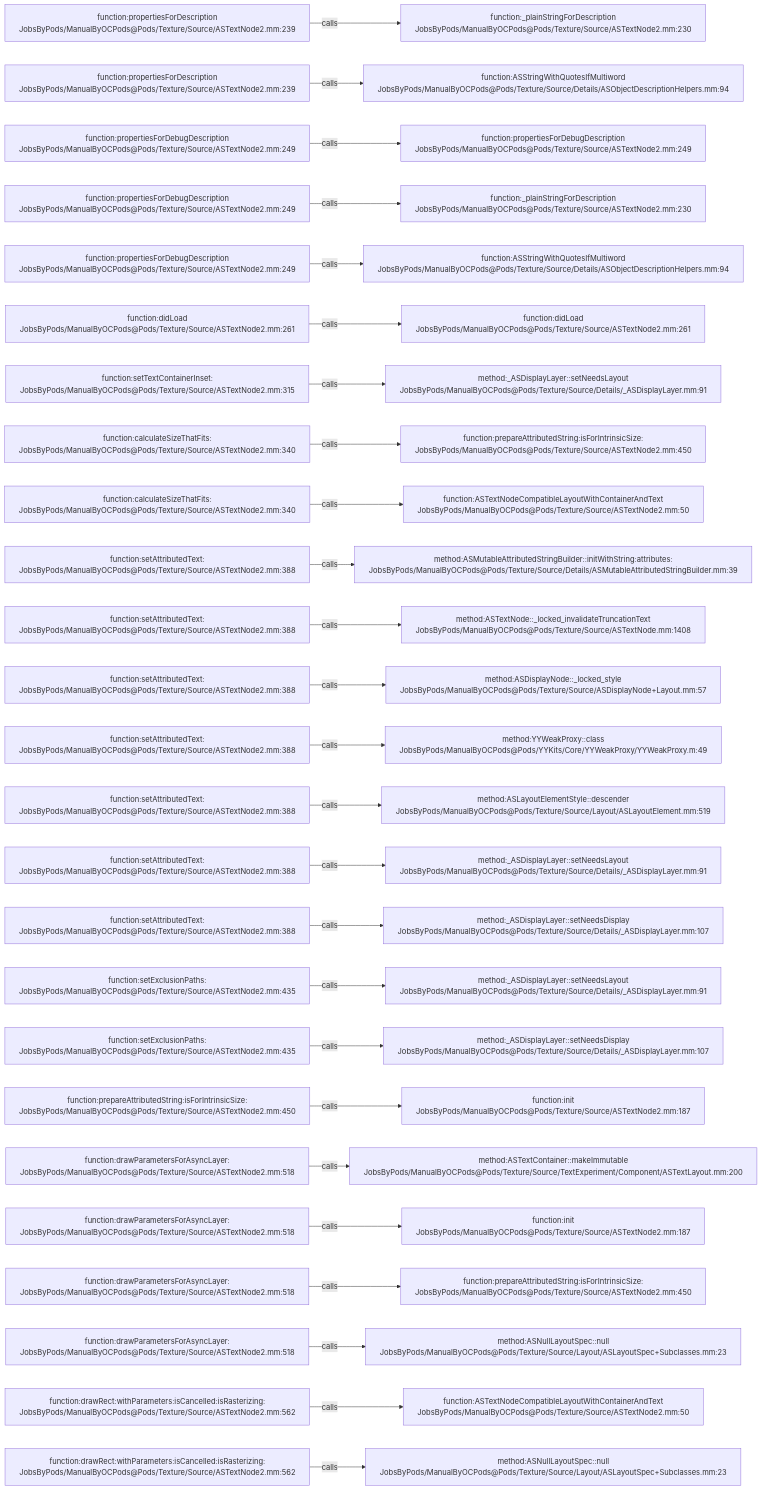
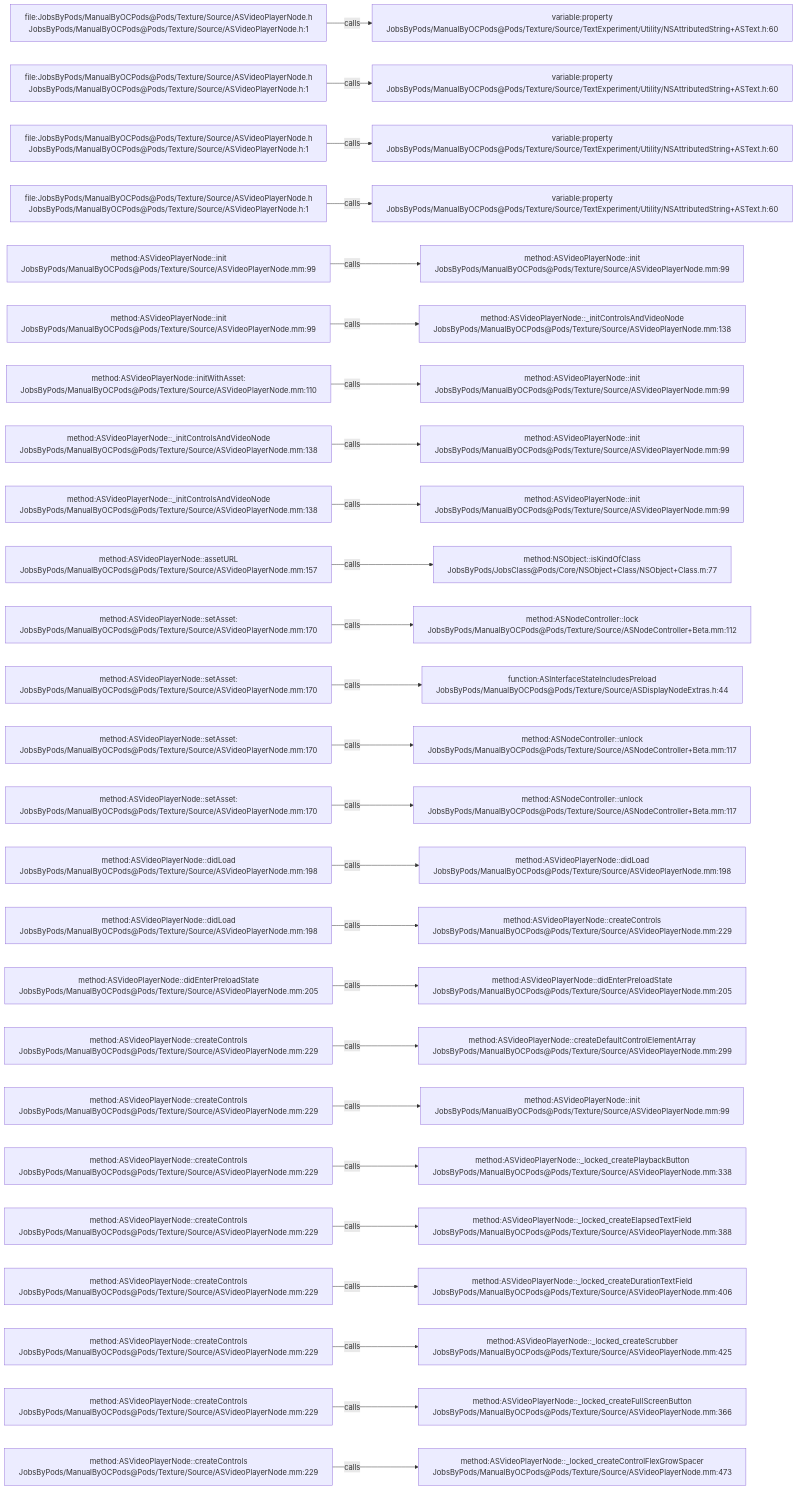
The diagram in .codegraph/codegraph.md/graphs/calls-137.md (JobsKits/JobsOCBaseConfigDemo), drawn with Mermaid before and after one commit. The commit also changed 1448 other files, not shown here.

````diff
--- a/.codegraph/codegraph.md/graphs/calls-137.md
+++ b/.codegraph/codegraph.md/graphs/calls-137.md
@@ -13,78 +13,78 @@
 ```mermaid
 flowchart LR
-  S1["function:propertiesForDescription<br/>JobsByPods/ManualByOCPods@Pods/Texture/Source/ASTextNode2.mm:239"]
-  T1["function:_plainStringForDescription<br/>JobsByPods/ManualByOCPods@Pods/Texture/Source/ASTextNode2.mm:230"]
+  S1["file:JobsByPods/ManualByOCPods@Pods/Texture/Source/ASVideoPlayerNode.h<br/>JobsByPods/ManualByOCPods@Pods/Texture/Source/ASVideoPlayerNode.h:1"]
+  T1["variable:property<br/>JobsByPods/ManualByOCPods@Pods/Texture/Source/TextExperiment/Utility/NSAttributedString+ASText.h:60"]
   S1 -->|calls| T1
-  S2["function:propertiesForDescription<br/>JobsByPods/ManualByOCPods@Pods/Texture/Source/ASTextNode2.mm:239"]
-  T2["function:ASStringWithQuotesIfMultiword<br/>JobsByPods/ManualByOCPods@Pods/Texture/Source/Details/ASObjectDescriptionHelpers.mm:94"]
+  S2["file:JobsByPods/ManualByOCPods@Pods/Texture/Source/ASVideoPlayerNode.h<br/>JobsByPods/ManualByOCPods@Pods/Texture/Source/ASVideoPlayerNode.h:1"]
+  T2["variable:property<br/>JobsByPods/ManualByOCPods@Pods/Texture/Source/TextExperiment/Utility/NSAttributedString+ASText.h:60"]
   S2 -->|calls| T2
-  S3["function:propertiesForDebugDescription<br/>JobsByPods/ManualByOCPods@Pods/Texture/Source/ASTextNode2.mm:249"]
-  T3["function:propertiesForDebugDescription<br/>JobsByPods/ManualByOCPods@Pods/Texture/Source/ASTextNode2.mm:249"]
+  S3["file:JobsByPods/ManualByOCPods@Pods/Texture/Source/ASVideoPlayerNode.h<br/>JobsByPods/ManualByOCPods@Pods/Texture/Source/ASVideoPlayerNode.h:1"]
+  T3["variable:property<br/>JobsByPods/ManualByOCPods@Pods/Texture/Source/TextExperiment/Utility/NSAttributedString+ASText.h:60"]
   S3 -->|calls| T3
-  S4["function:propertiesForDebugDescription<br/>JobsByPods/ManualByOCPods@Pods/Texture/Source/ASTextNode2.mm:249"]
-  T4["function:_plainStringForDescription<br/>JobsByPods/ManualByOCPods@Pods/Texture/Source/ASTextNode2.mm:230"]
+  S4["file:JobsByPods/ManualByOCPods@Pods/Texture/Source/ASVideoPlayerNode.h<br/>JobsByPods/ManualByOCPods@Pods/Texture/Source/ASVideoPlayerNode.h:1"]
+  T4["variable:property<br/>JobsByPods/ManualByOCPods@Pods/Texture/Source/TextExperiment/Utility/NSAttributedString+ASText.h:60"]
   S4 -->|calls| T4
-  S5["function:propertiesForDebugDescription<br/>JobsByPods/ManualByOCPods@Pods/Texture/Source/ASTextNode2.mm:249"]
-  T5["function:ASStringWithQuotesIfMultiword<br/>JobsByPods/ManualByOCPods@Pods/Texture/Source/Details/ASObjectDescriptionHelpers.mm:94"]
+  S5["method:ASVideoPlayerNode::init<br/>JobsByPods/ManualByOCPods@Pods/Texture/Source/ASVideoPlayerNode.mm:99"]
+  T5["method:ASVideoPlayerNode::init<br/>JobsByPods/ManualByOCPods@Pods/Texture/Source/ASVideoPlayerNode.mm:99"]
   S5 -->|calls| T5
-  S6["function:didLoad<br/>JobsByPods/ManualByOCPods@Pods/Texture/Source/ASTextNode2.mm:261"]
-  T6["function:didLoad<br/>JobsByPods/ManualByOCPods@Pods/Texture/Source/ASTextNode2.mm:261"]
+  S6["method:ASVideoPlayerNode::init<br/>JobsByPods/ManualByOCPods@Pods/Texture/Source/ASVideoPlayerNode.mm:99"]
+  T6["method:ASVideoPlayerNode::_initControlsAndVideoNode<br/>JobsByPods/ManualByOCPods@Pods/Texture/Source/ASVideoPlayerNode.mm:138"]
   S6 -->|calls| T6
-  S7["function:setTextContainerInset:<br/>JobsByPods/ManualByOCPods@Pods/Texture/Source/ASTextNode2.mm:315"]
-  T7["method:_ASDisplayLayer::setNeedsLayout<br/>JobsByPods/ManualByOCPods@Pods/Texture/Source/Details/_ASDisplayLayer.mm:91"]
+  S7["method:ASVideoPlayerNode::initWithAsset:<br/>JobsByPods/ManualByOCPods@Pods/Texture/Source/ASVideoPlayerNode.mm:110"]
+  T7["method:ASVideoPlayerNode::init<br/>JobsByPods/ManualByOCPods@Pods/Texture/Source/ASVideoPlayerNode.mm:99"]
   S7 -->|calls| T7
-  S8["function:calculateSizeThatFits:<br/>JobsByPods/ManualByOCPods@Pods/Texture/Source/ASTextNode2.mm:340"]
-  T8["function:prepareAttributedString:isForIntrinsicSize:<br/>JobsByPods/ManualByOCPods@Pods/Texture/Source/ASTextNode2.mm:450"]
+  S8["method:ASVideoPlayerNode::_initControlsAndVideoNode<br/>JobsByPods/ManualByOCPods@Pods/Texture/Source/ASVideoPlayerNode.mm:138"]
+  T8["method:ASVideoPlayerNode::init<br/>JobsByPods/ManualByOCPods@Pods/Texture/Source/ASVideoPlayerNode.mm:99"]
   S8 -->|calls| T8
-  S9["function:calculateSizeThatFits:<br/>JobsByPods/ManualByOCPods@Pods/Texture/Source/ASTextNode2.mm:340"]
-  T9["function:ASTextNodeCompatibleLayoutWithContainerAndText<br/>JobsByPods/ManualByOCPods@Pods/Texture/Source/ASTextNode2.mm:50"]
+  S9["method:ASVideoPlayerNode::_initControlsAndVideoNode<br/>JobsByPods/ManualByOCPods@Pods/Texture/Source/ASVideoPlayerNode.mm:138"]
+  T9["method:ASVideoPlayerNode::init<br/>JobsByPods/ManualByOCPods@Pods/Texture/Source/ASVideoPlayerNode.mm:99"]
   S9 -->|calls| T9
-  S10["function:setAttributedText:<br/>JobsByPods/ManualByOCPods@Pods/Texture/Source/ASTextNode2.mm:388"]
-  T10["method:ASMutableAttributedStringBuilder::initWithString:attributes:<br/>JobsByPods/ManualByOCPods@Pods/Texture/Source/Details/ASMutableAttributedStringBuilder.mm:39"]
+  S10["method:ASVideoPlayerNode::assetURL<br/>JobsByPods/ManualByOCPods@Pods/Texture/Source/ASVideoPlayerNode.mm:157"]
+  T10["method:NSObject::isKindOfClass<br/>JobsByPods/JobsClass@Pods/Core/NSObject+Class/NSObject+Class.m:77"]
   S10 -->|calls| T10
-  S11["function:setAttributedText:<br/>JobsByPods/ManualByOCPods@Pods/Texture/Source/ASTextNode2.mm:388"]
-  T11["method:ASTextNode::_locked_invalidateTruncationText<br/>JobsByPods/ManualByOCPods@Pods/Texture/Source/ASTextNode.mm:1408"]
+  S11["method:ASVideoPlayerNode::setAsset:<br/>JobsByPods/ManualByOCPods@Pods/Texture/Source/ASVideoPlayerNode.mm:170"]
+  T11["method:ASNodeController::lock<br/>JobsByPods/ManualByOCPods@Pods/Texture/Source/ASNodeController+Beta.mm:112"]
   S11 -->|calls| T11
-  S12["function:setAttributedText:<br/>JobsByPods/ManualByOCPods@Pods/Texture/Source/ASTextNode2.mm:388"]
-  T12["method:ASDisplayNode::_locked_style<br/>JobsByPods/ManualByOCPods@Pods/Texture/Source/ASDisplayNode+Layout.mm:57"]
+  S12["method:ASVideoPlayerNode::setAsset:<br/>JobsByPods/ManualByOCPods@Pods/Texture/Source/ASVideoPlayerNode.mm:170"]
+  T12["function:ASInterfaceStateIncludesPreload<br/>JobsByPods/ManualByOCPods@Pods/Texture/Source/ASDisplayNodeExtras.h:44"]
   S12 -->|calls| T12
-  S13["function:setAttributedText:<br/>JobsByPods/ManualByOCPods@Pods/Texture/Source/ASTextNode2.mm:388"]
-  T13["method:YYWeakProxy::class<br/>JobsByPods/ManualByOCPods@Pods/YYKits/Core/YYWeakProxy/YYWeakProxy.m:49"]
+  S13["method:ASVideoPlayerNode::setAsset:<br/>JobsByPods/ManualByOCPods@Pods/Texture/Source/ASVideoPlayerNode.mm:170"]
+  T13["method:ASNodeController::unlock<br/>JobsByPods/ManualByOCPods@Pods/Texture/Source/ASNodeController+Beta.mm:117"]
   S13 -->|calls| T13
-  S14["function:setAttributedText:<br/>JobsByPods/ManualByOCPods@Pods/Texture/Source/ASTextNode2.mm:388"]
-  T14["method:ASLayoutElementStyle::descender<br/>JobsByPods/ManualByOCPods@Pods/Texture/Source/Layout/ASLayoutElement.mm:519"]
+  S14["method:ASVideoPlayerNode::setAsset:<br/>JobsByPods/ManualByOCPods@Pods/Texture/Source/ASVideoPlayerNode.mm:170"]
+  T14["method:ASNodeController::unlock<br/>JobsByPods/ManualByOCPods@Pods/Texture/Source/ASNodeController+Beta.mm:117"]
   S14 -->|calls| T14
-  S15["function:setAttributedText:<br/>JobsByPods/ManualByOCPods@Pods/Texture/Source/ASTextNode2.mm:388"]
-  T15["method:_ASDisplayLayer::setNeedsLayout<br/>JobsByPods/ManualByOCPods@Pods/Texture/Source/Details/_ASDisplayLayer.mm:91"]
+  S15["method:ASVideoPlayerNode::didLoad<br/>JobsByPods/ManualByOCPods@Pods/Texture/Source/ASVideoPlayerNode.mm:198"]
+  T15["method:ASVideoPlayerNode::didLoad<br/>JobsByPods/ManualByOCPods@Pods/Texture/Source/ASVideoPlayerNode.mm:198"]
   S15 -->|calls| T15
-  S16["function:setAttributedText:<br/>JobsByPods/ManualByOCPods@Pods/Texture/Source/ASTextNode2.mm:388"]
-  T16["method:_ASDisplayLayer::setNeedsDisplay<br/>JobsByPods/ManualByOCPods@Pods/Texture/Source/Details/_ASDisplayLayer.mm:107"]
+  S16["method:ASVideoPlayerNode::didLoad<br/>JobsByPods/ManualByOCPods@Pods/Texture/Source/ASVideoPlayerNode.mm:198"]
+  T16["method:ASVideoPlayerNode::createControls<br/>JobsByPods/ManualByOCPods@Pods/Texture/Source/ASVideoPlayerNode.mm:229"]
   S16 -->|calls| T16
-  S17["function:setExclusionPaths:<br/>JobsByPods/ManualByOCPods@Pods/Texture/Source/ASTextNode2.mm:435"]
-  T17["method:_ASDisplayLayer::setNeedsLayout<br/>JobsByPods/ManualByOCPods@Pods/Texture/Source/Details/_ASDisplayLayer.mm:91"]
+  S17["method:ASVideoPlayerNode::didEnterPreloadState<br/>JobsByPods/ManualByOCPods@Pods/Texture/Source/ASVideoPlayerNode.mm:205"]
+  T17["method:ASVideoPlayerNode::didEnterPreloadState<br/>JobsByPods/ManualByOCPods@Pods/Texture/Source/ASVideoPlayerNode.mm:205"]
   S17 -->|calls| T17
-  S18["function:setExclusionPaths:<br/>JobsByPods/ManualByOCPods@Pods/Texture/Source/ASTextNode2.mm:435"]
-  T18["method:_ASDisplayLayer::setNeedsDisplay<br/>JobsByPods/ManualByOCPods@Pods/Texture/Source/Details/_ASDisplayLayer.mm:107"]
+  S18["method:ASVideoPlayerNode::createControls<br/>JobsByPods/ManualByOCPods@Pods/Texture/Source/ASVideoPlayerNode.mm:229"]
+  T18["method:ASVideoPlayerNode::createDefaultControlElementArray<br/>JobsByPods/ManualByOCPods@Pods/Texture/Source/ASVideoPlayerNode.mm:299"]
   S18 -->|calls| T18
-  S19["function:prepareAttributedString:isForIntrinsicSize:<br/>JobsByPods/ManualByOCPods@Pods/Texture/Source/ASTextNode2.mm:450"]
-  T19["function:init<br/>JobsByPods/ManualByOCPods@Pods/Texture/Source/ASTextNode2.mm:187"]
+  S19["method:ASVideoPlayerNode::createControls<br/>JobsByPods/ManualByOCPods@Pods/Texture/Source/ASVideoPlayerNode.mm:229"]
+  T19["method:ASVideoPlayerNode::init<br/>JobsByPods/ManualByOCPods@Pods/Texture/Source/ASVideoPlayerNode.mm:99"]
   S19 -->|calls| T19
-  S20["function:drawParametersForAsyncLayer:<br/>JobsByPods/ManualByOCPods@Pods/Texture/Source/ASTextNode2.mm:518"]
-  T20["method:ASTextContainer::makeImmutable<br/>JobsByPods/ManualByOCPods@Pods/Texture/Source/TextExperiment/Component/ASTextLayout.mm:200"]
+  S20["method:ASVideoPlayerNode::createControls<br/>JobsByPods/ManualByOCPods@Pods/Texture/Source/ASVideoPlayerNode.mm:229"]
+  T20["method:ASVideoPlayerNode::_locked_createPlaybackButton<br/>JobsByPods/ManualByOCPods@Pods/Texture/Source/ASVideoPlayerNode.mm:338"]
   S20 -->|calls| T20
-  S21["function:drawParametersForAsyncLayer:<br/>JobsByPods/ManualByOCPods@Pods/Texture/Source/ASTextNode2.mm:518"]
-  T21["function:init<br/>JobsByPods/ManualByOCPods@Pods/Texture/Source/ASTextNode2.mm:187"]
+  S21["method:ASVideoPlayerNode::createControls<br/>JobsByPods/ManualByOCPods@Pods/Texture/Source/ASVideoPlayerNode.mm:229"]
+  T21["method:ASVideoPlayerNode::_locked_createElapsedTextField<br/>JobsByPods/ManualByOCPods@Pods/Texture/Source/ASVideoPlayerNode.mm:388"]
   S21 -->|calls| T21
-  S22["function:drawParametersForAsyncLayer:<br/>JobsByPods/ManualByOCPods@Pods/Texture/Source/ASTextNode2.mm:518"]
-  T22["function:prepareAttributedString:isForIntrinsicSize:<br/>JobsByPods/ManualByOCPods@Pods/Texture/Source/ASTextNode2.mm:450"]
+  S22["method:ASVideoPlayerNode::createControls<br/>JobsByPods/ManualByOCPods@Pods/Texture/Source/ASVideoPlayerNode.mm:229"]
+  T22["method:ASVideoPlayerNode::_locked_createDurationTextField<br/>JobsByPods/ManualByOCPods@Pods/Texture/Source/ASVideoPlayerNode.mm:406"]
   S22 -->|calls| T22
-  S23["function:drawParametersForAsyncLayer:<br/>JobsByPods/ManualByOCPods@Pods/Texture/Source/ASTextNode2.mm:518"]
-  T23["method:ASNullLayoutSpec::null<br/>JobsByPods/ManualByOCPods@Pods/Texture/Source/Layout/ASLayoutSpec+Subclasses.mm:23"]
+  S23["method:ASVideoPlayerNode::createControls<br/>JobsByPods/ManualByOCPods@Pods/Texture/Source/ASVideoPlayerNode.mm:229"]
+  T23["method:ASVideoPlayerNode::_locked_createScrubber<br/>JobsByPods/ManualByOCPods@Pods/Texture/Source/ASVideoPlayerNode.mm:425"]
   S23 -->|calls| T23
-  S24["function:drawRect:withParameters:isCancelled:isRasterizing:<br/>JobsByPods/ManualByOCPods@Pods/Texture/Source/ASTextNode2.mm:562"]
-  T24["function:ASTextNodeCompatibleLayoutWithContainerAndText<br/>JobsByPods/ManualByOCPods@Pods/Texture/Source/ASTextNode2.mm:50"]
+  S24["method:ASVideoPlayerNode::createControls<br/>JobsByPods/ManualByOCPods@Pods/Texture/Source/ASVideoPlayerNode.mm:229"]
+  T24["method:ASVideoPlayerNode::_locked_createFullScreenButton<br/>JobsByPods/ManualByOCPods@Pods/Texture/Source/ASVideoPlayerNode.mm:366"]
   S24 -->|calls| T24
-  S25["function:drawRect:withParameters:isCancelled:isRasterizing:<br/>JobsByPods/ManualByOCPods@Pods/Texture/Source/ASTextNode2.mm:562"]
-  T25["method:ASNullLayoutSpec::null<br/>JobsByPods/ManualByOCPods@Pods/Texture/Source/Layout/ASLayoutSpec+Subclasses.mm:23"]
+  S25["method:ASVideoPlayerNode::createControls<br/>JobsByPods/ManualByOCPods@Pods/Texture/Source/ASVideoPlayerNode.mm:229"]
+  T25["method:ASVideoPlayerNode::_locked_createControlFlexGrowSpacer<br/>JobsByPods/ManualByOCPods@Pods/Texture/Source/ASVideoPlayerNode.mm:473"]
   S25 -->|calls| T25
 ```
````
